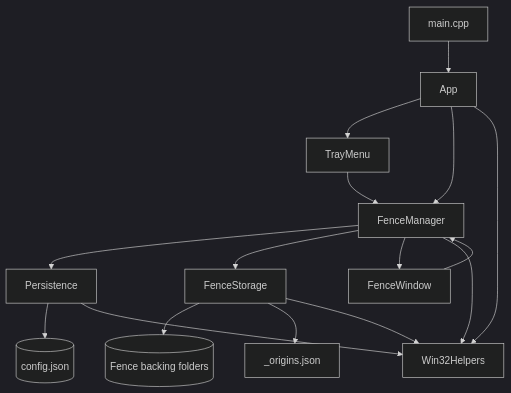
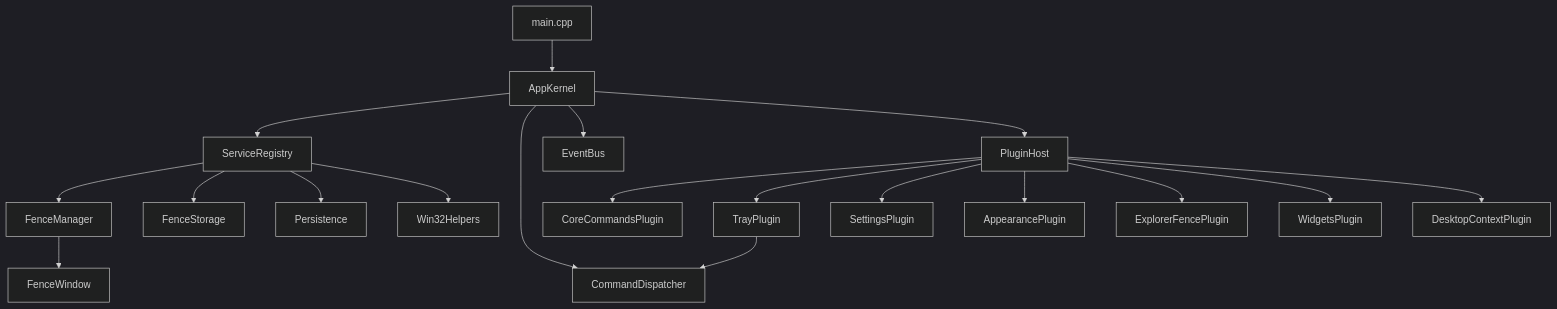
The diagram in README.md (MrIvoe/Spaces), drawn with Mermaid (dark theme) before and after one commit. The commit also changed other lines of this file and 296 other files, not shown here.

````diff
--- a/README.md
+++ b/README.md
@@ -180,20 +213,24 @@
 ```mermaid
 flowchart TD
-        A[main.cpp] --> B[App]
-        B --> C[TrayMenu]
-        B --> D[FenceManager]
+    A[main.cpp] --> B[AppKernel]
+    B --> C[ServiceRegistry]
+    B --> D[CommandDispatcher]
+    B --> E[EventBus]
+    B --> F[PluginHost]
 
-        D --> E[Persistence]
-        D --> F[FenceStorage]
-        D --> G[FenceWindow]
+    C --> G[FenceManager]
+    C --> H[FenceStorage]
+    C --> I[Persistence]
+    C --> J[Win32Helpers]
 
-        G --> D
-        F --> H[(Fence backing folders)]
-        F --> I[_origins.json]
-        E --> J[(config.json)]
-        C --> D
-        D --> K[Win32Helpers]
-        F --> K
-        E --> K
-        B --> K
+    F --> K[CoreCommandsPlugin]
+    F --> L[TrayPlugin]
+    F --> M[SettingsPlugin]
+    F --> N[AppearancePlugin]
+    F --> O[ExplorerFencePlugin]
+    F --> P[WidgetsPlugin]
+    F --> Q[DesktopContextPlugin]
+
+    G --> R[FenceWindow]
+    L --> D
 ```
````
